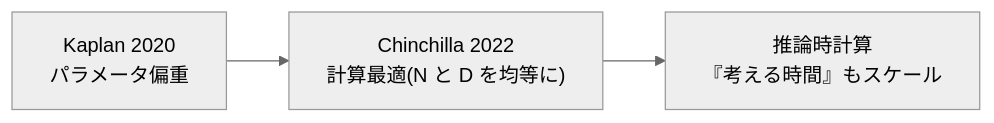
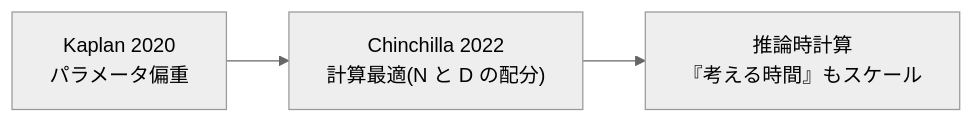
Before and after one commit to pero3dev/ai-agent-library: the diagram in docs/11-llm-internals/pretraining-and-scaling-laws.md, drawn with Mermaid (neutral theme). The commit also changed other lines of this file and 370 other files, not shown here.

First line of the commit message:
feat(website): 事前学習とスケーリング則を読書連動図解にする

````diff
--- a/docs/11-llm-internals/pretraining-and-scaling-laws.md
+++ b/docs/11-llm-internals/pretraining-and-scaling-laws.md
@@ -67,5 +67,5 @@
 ```mermaid
 flowchart LR
-    A["Kaplan 2020<br/>パラメータ偏重"] --> B["Chinchilla 2022<br/>計算最適(N と D を均等に)"]
+    A["Kaplan 2020<br/>パラメータ偏重"] --> B["Chinchilla 2022<br/>計算最適(N と D の配分)"]
     B --> C["推論時計算<br/>『考える時間』もスケール"]
 ```
````
